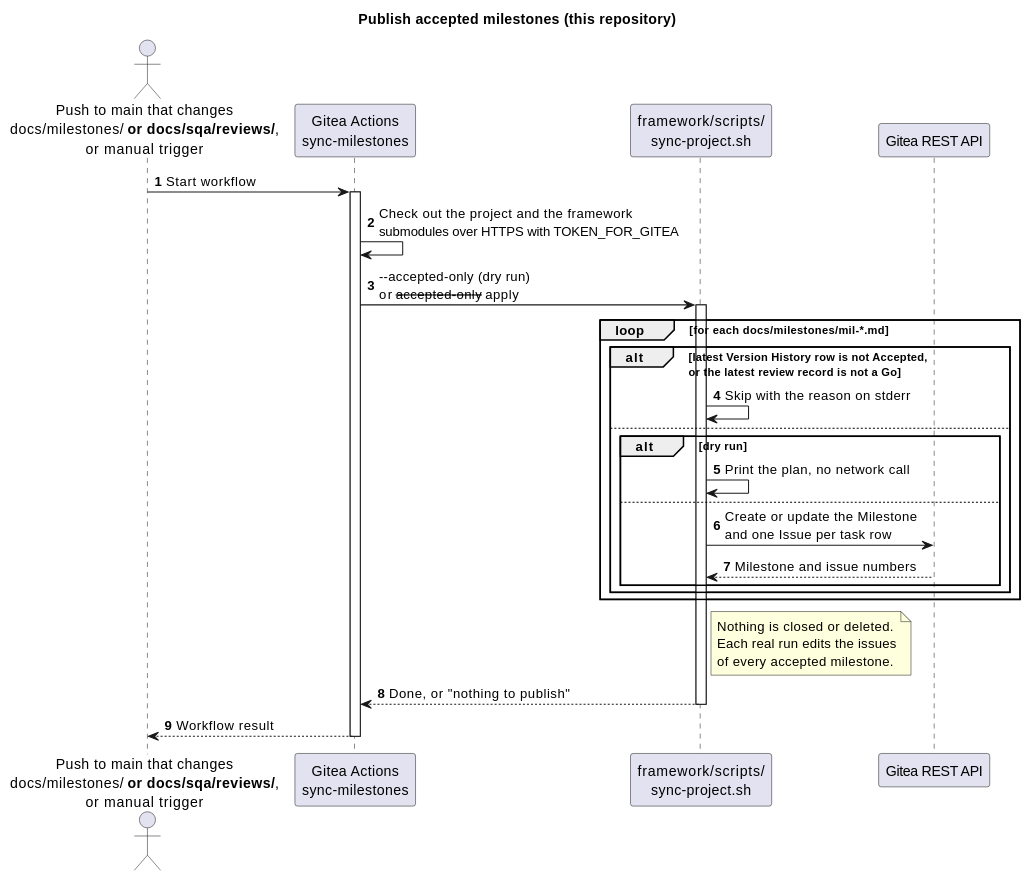
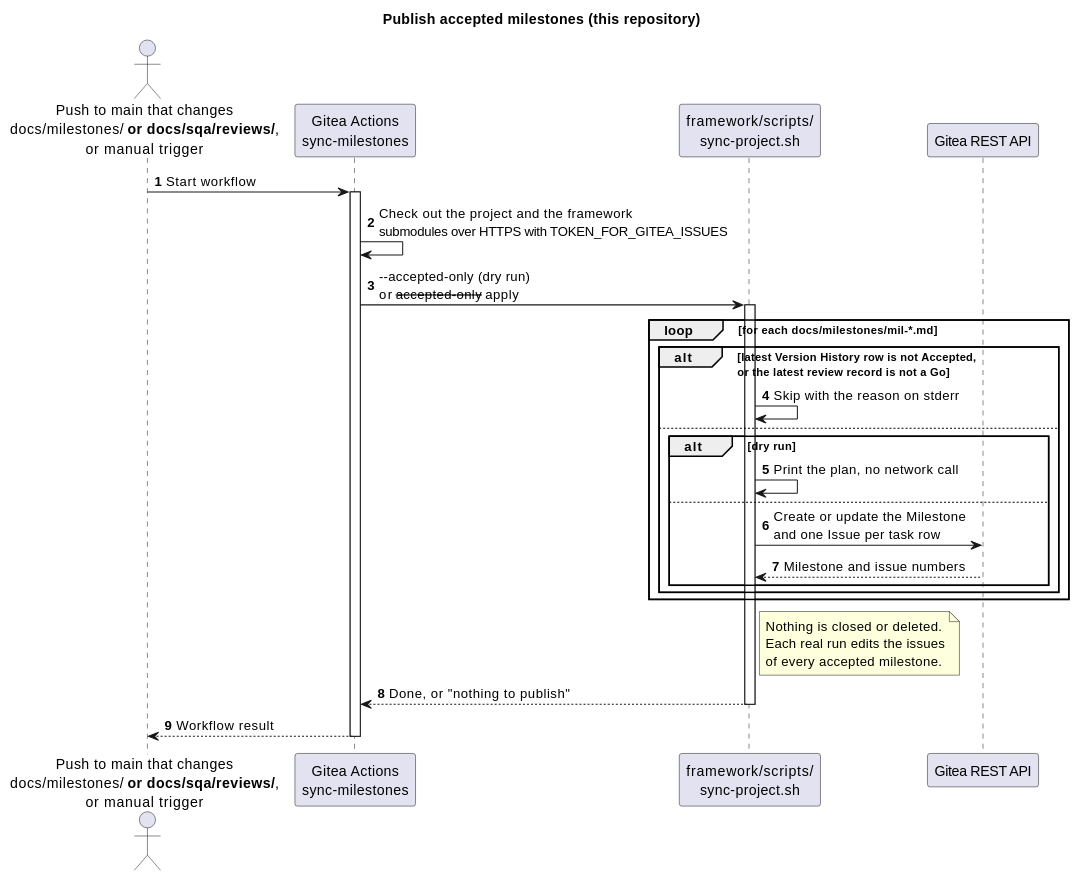
The ninth of 10 diagrams in README.md (TirSystem/git-workflows), drawn with PlantUML before and after one commit. The commit also changed other lines of this file and 23 other files, not shown here.

First line of the commit message:
Name the Gitea secrets TOKEN_FOR_<host>_<purpose>

````diff
--- a/README.md
+++ b/README.md
@@ -430,41 +430,41 @@
 ```plantuml
 @startuml
 title Publish accepted milestones (this repository)
 
 autonumber
 
 actor "Push to main that changes\ndocs/milestones/** or docs/sqa/reviews/**,\nor manual trigger" as Trigger
 participant "Gitea Actions\nsync-milestones" as Workflow
 participant "framework/scripts/\nsync-project.sh" as Script
 participant "Gitea REST API" as Gitea
 
 Trigger -> Workflow: Start workflow
 activate Workflow
-Workflow -> Workflow: Check out the project and the framework\nsubmodules over HTTPS with TOKEN_FOR_GITEA
+Workflow -> Workflow: Check out the project and the framework\nsubmodules over HTTPS with TOKEN_FOR_GITEA_ISSUES
 Workflow -> Script: --accepted-only (dry run)\nor --accepted-only --apply
 activate Script
 
 loop for each docs/milestones/mil-*.md
   alt latest Version History row is not Accepted,\nor the latest review record is not a Go
     Script -> Script: Skip with the reason on stderr
   else
     alt dry run
       Script -> Script: Print the plan, no network call
     else
       Script -> Gitea: Create or update the Milestone\nand one Issue per task row
       Gitea --> Script: Milestone and issue numbers
     end
   end
 end
 
 note right of Script
 Nothing is closed or deleted.
 Each real run edits the issues
 of every accepted milestone.
 end note
 Script --> Workflow: Done, or "nothing to publish"
 deactivate Script
 Workflow --> Trigger: Workflow result
 deactivate Workflow
 @enduml
 ```
````
